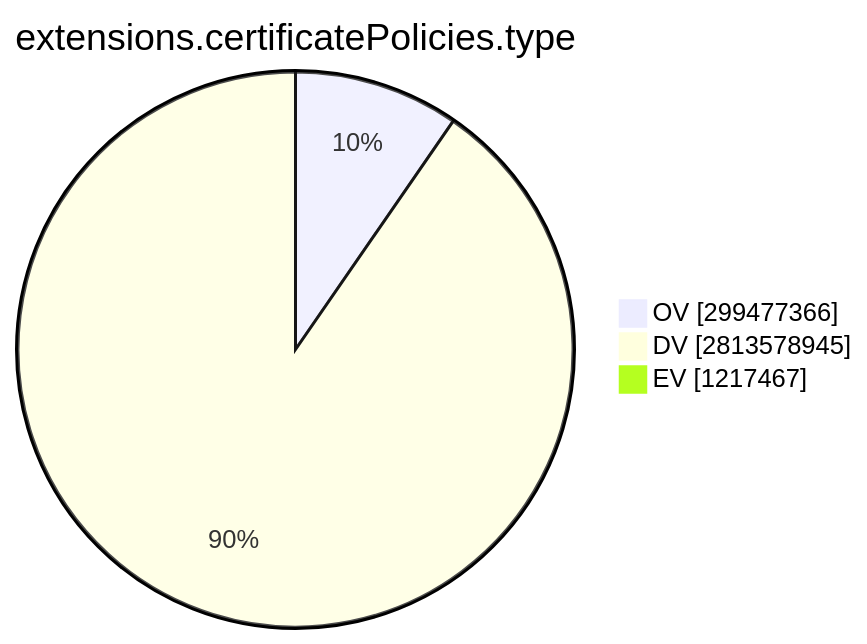
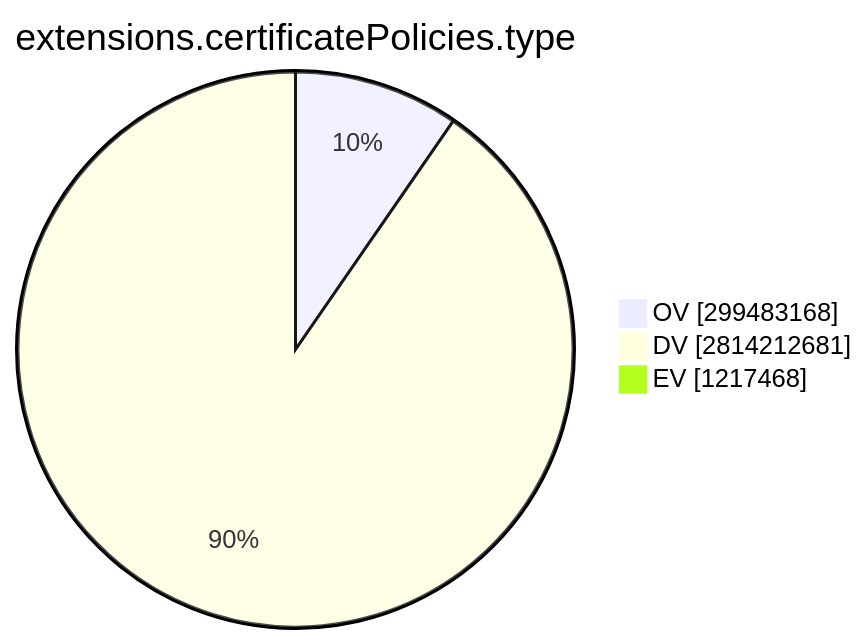
One commit to christiankrug/ctmonitor_visualization changed the ninth of 15 diagrams in TOTAL/README.md. Above: the diagram before and after it, drawn with Mermaid. The commit also changed other lines of this file, not shown here.

````diff
--- a/TOTAL/README.md
+++ b/TOTAL/README.md
@@ -3101,7 +3101,7 @@
 ```mermaid
 pie showData
 title extensions.certificatePolicies.type
-"OV" :299477366
-"DV" :2813578945
-"EV" :1217467
+"OV" :299483168
+"DV" :2814212681
+"EV" :1217468
 ```
````
